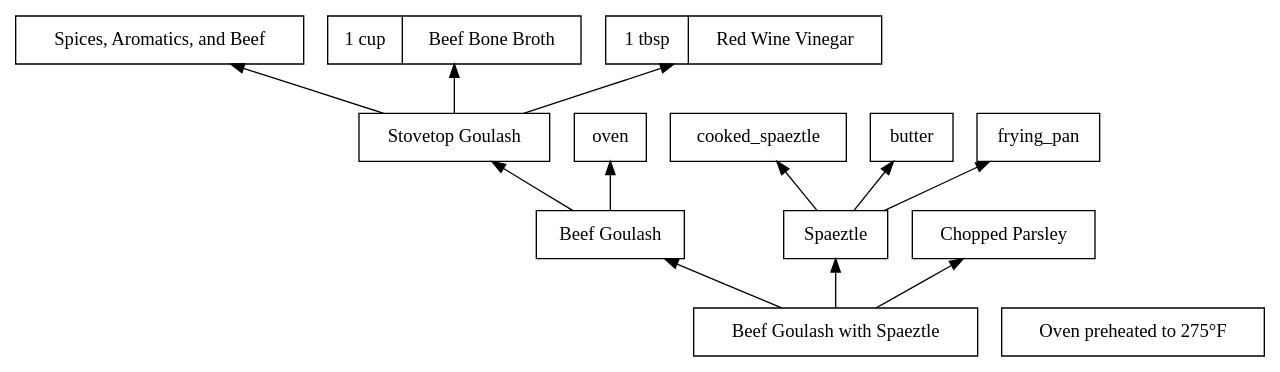
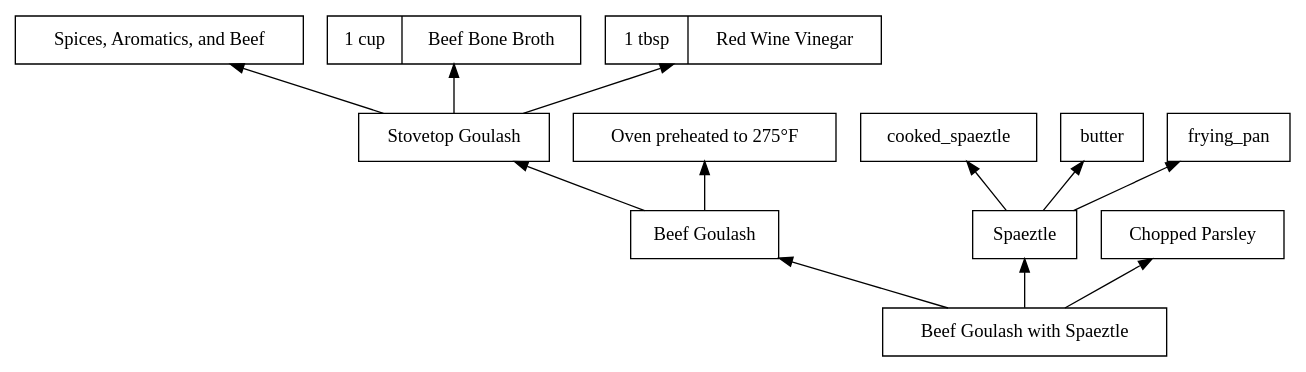
The diagram in nourished-kitchen/goulash-with-spaetzle/recipe.dot (isaacsanders/recipes-as-dependency-graphs), drawn with Graphviz before and after one commit.

```diff
--- a/nourished-kitchen/goulash-with-spaetzle/recipe.dot
+++ b/nourished-kitchen/goulash-with-spaetzle/recipe.dot
@@ -1,24 +1,24 @@
 digraph recipe {
   rankdir=BT;
   node [shape=record];
   browning_goulash [label="Spices, Aromatics, and Beef"];
   beef_bone_broth [label="1 cup|Beef Bone Broth"];
   vinegar [label="1 tbsp|Red Wine Vinegar"];
   stovetop_goulash [label="Stovetop Goulash"];
   stovetop_goulash -> browning_goulash;
   stovetop_goulash -> beef_bone_broth;
   stovetop_goulash -> vinegar;
-  over [label="Oven preheated to 275°F"];
+  oven [label="Oven preheated to 275°F"];
   goulash [label="Beef Goulash"];
   goulash -> stovetop_goulash;
   goulash -> oven;
   spaeztle [label="Spaeztle"];
   spaeztle -> cooked_spaeztle;
   spaeztle -> butter;
   spaeztle -> frying_pan;
   chopped_parsley [label="Chopped Parsley"];
   goulash_with_spaeztle [label="Beef Goulash with Spaeztle"];
   goulash_with_spaeztle -> goulash;
   goulash_with_spaeztle -> spaeztle;
   goulash_with_spaeztle -> chopped_parsley;
 }
```
